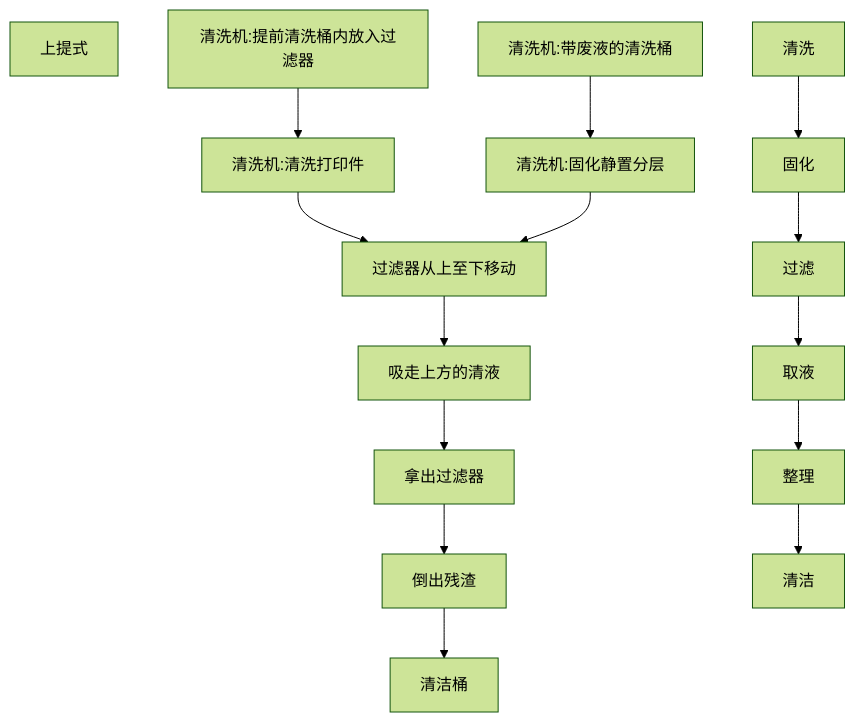
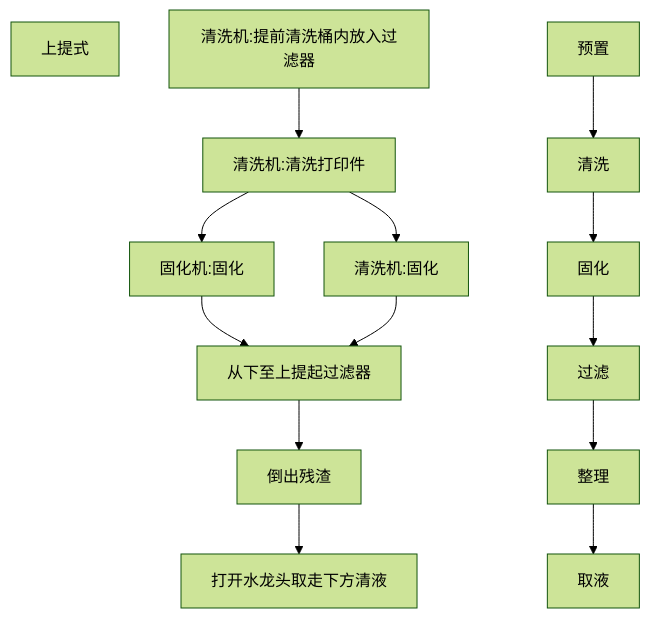
Before and after one commit to georglein123/Notiz: the second of 3 diagrams in 95%酒精紫外固化.md, drawn with Mermaid (forest theme). The commit also changed other lines of this file, not shown here.

````diff
--- a/95%酒精紫外固化.md
+++ b/95%酒精紫外固化.md
@@ -13,8 +21,8 @@
 ```mermaid
 graph TD;
 	上提式;
-	清洗机:提前清洗桶内放入过滤器-->清洗机:清洗打印件-->过滤器从上至下移动-->吸走上方的清液-->拿出过滤器-->倒出残渣-->清洁桶;
-	清洗机:带废液的清洗桶-->清洗机:固化静置分层-->过滤器从上至下移动;
+	清洗机:提前清洗桶内放入过滤器-->清洗机:清洗打印件-->固化机:固化-->从下至上提起过滤器-->倒出残渣-->打开水龙头取走下方清液;
+	清洗机:清洗打印件-->清洗机:固化-->从下至上提起过滤器;
+	预置-->清洗-->固化-->过滤-->整理-->取液
 	
-	清洗-->固化-->过滤-->取液-->整理-->清洁
 ```
````
